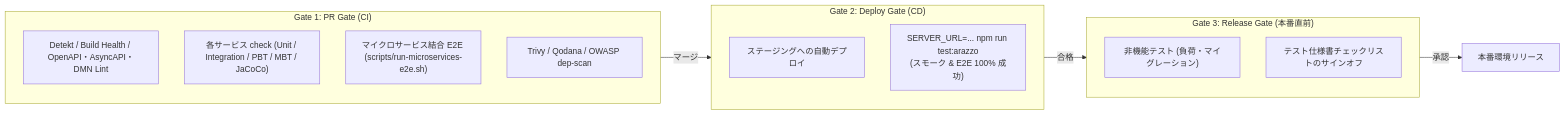
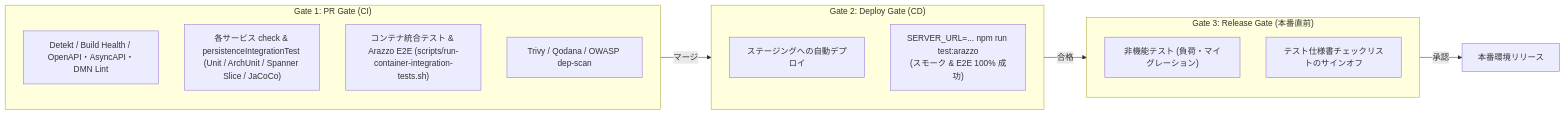
One commit to tom009924/sandbox changed the third of 3 diagrams in docs/testing/test-strategy.md. Above: the diagram before and after it, drawn with Mermaid. The commit also changed other lines of this file and 7 other files, not shown here.

First line of the commit message:
docs(testing): sync integration test documentation to container suite and remove legacy E2E scripts (#189)

````diff
--- a/docs/testing/test-strategy.md
+++ b/docs/testing/test-strategy.md
@@ -113,23 +114,23 @@
 ```mermaid
 flowchart LR
     subgraph Gate1["Gate 1: PR Gate (CI)"]
         G1_1["Detekt / Build Health / OpenAPI・AsyncAPI・DMN Lint"]
-        G1_2["各サービス check (Unit / Integration / PBT / MBT / JaCoCo)"]
-        G1_3["マイクロサービス結合 E2E (scripts/run-microservices-e2e.sh)"]
+        G1_2["各サービス check & persistenceIntegrationTest (Unit / ArchUnit / Spanner Slice / JaCoCo)"]
+        G1_3["コンテナ統合テスト & Arazzo E2E (scripts/run-container-integration-tests.sh)"]
         G1_4["Trivy / Qodana / OWASP dep-scan"]
     end
 
     subgraph Gate2["Gate 2: Deploy Gate (CD)"]
         G2_1["ステージングへの自動デプロイ"]
         G2_2["SERVER_URL=... npm run test:arazzo\n(スモーク & E2E 100% 成功)"]
     end
 
     subgraph Gate3["Gate 3: Release Gate (本番直前)"]
         G3_1["非機能テスト (負荷・マイグレーション)"]
         G3_2["テスト仕様書チェックリストのサインオフ"]
     end
 
     Gate1 -->|マージ| Gate2
     Gate2 -->|合格| Gate3
     Gate3 -->|承認| Production["本番環境リリース"]
 ```
````
